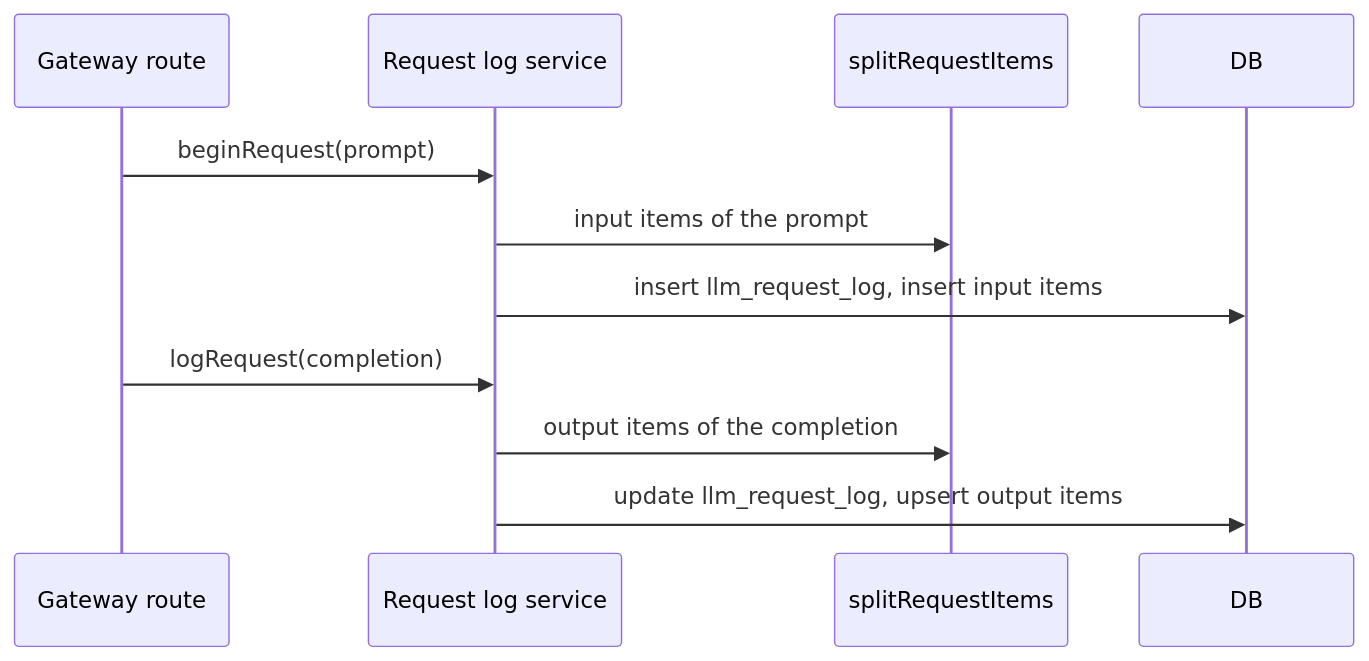
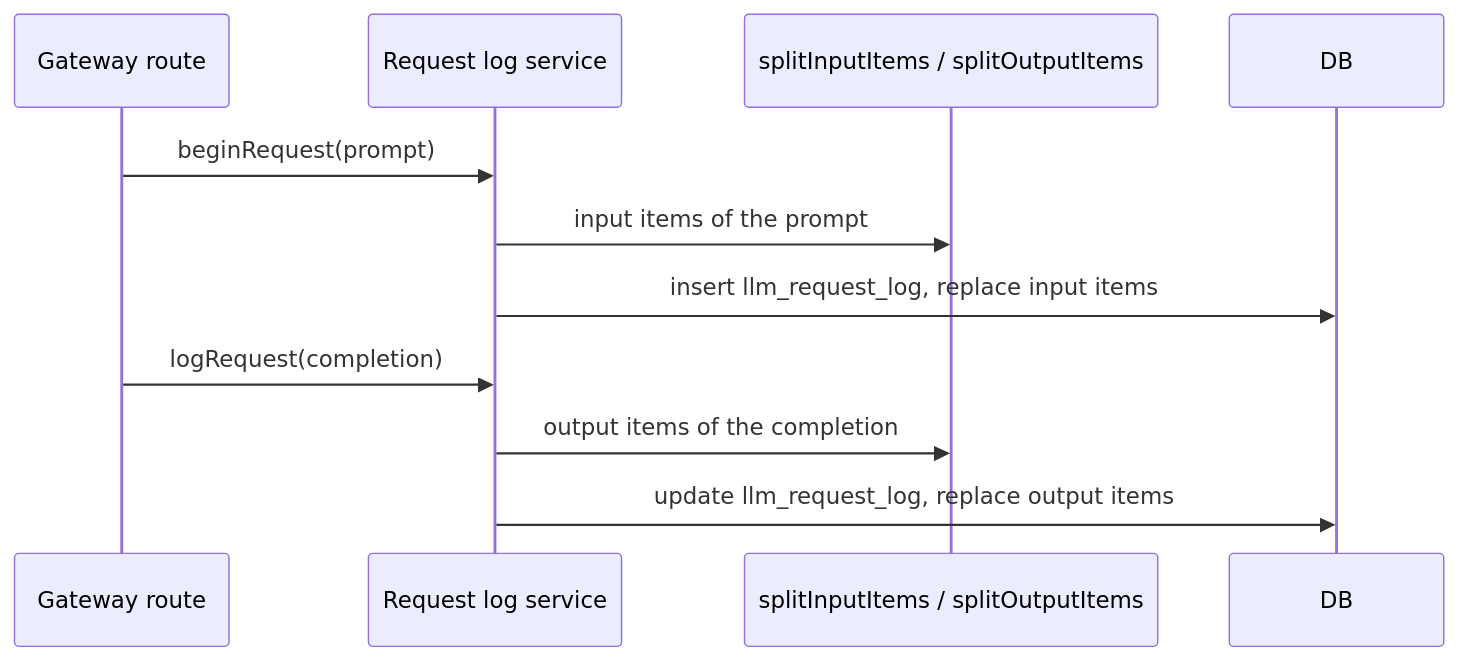
Before and after one commit to moeru-ai/airi: the second of 2 diagrams in server/docs/ai/adr/2026-10-13-request-items.md, drawn with Mermaid. The commit also changed other lines of this file, not shown here.

First line of the commit message:
docs(api): split item role and part type, separate provider tool calls

````diff
--- a/server/docs/ai/adr/2026-10-13-request-items.md
+++ b/server/docs/ai/adr/2026-10-13-request-items.md
@@ -89,13 +179,13 @@
 ```mermaid
 sequenceDiagram
   participant Route as Gateway route
   participant Log as Request log service
-  participant Split as splitRequestItems
+  participant Split as splitInputItems / splitOutputItems
   participant DB
   Route->>Log: beginRequest(prompt)
   Log->>Split: input items of the prompt
-  Log->>DB: insert llm_request_log, insert input items
+  Log->>DB: insert llm_request_log, replace input items
   Route->>Log: logRequest(completion)
   Log->>Split: output items of the completion
-  Log->>DB: update llm_request_log, upsert output items
+  Log->>DB: update llm_request_log, replace output items
 ```
````
